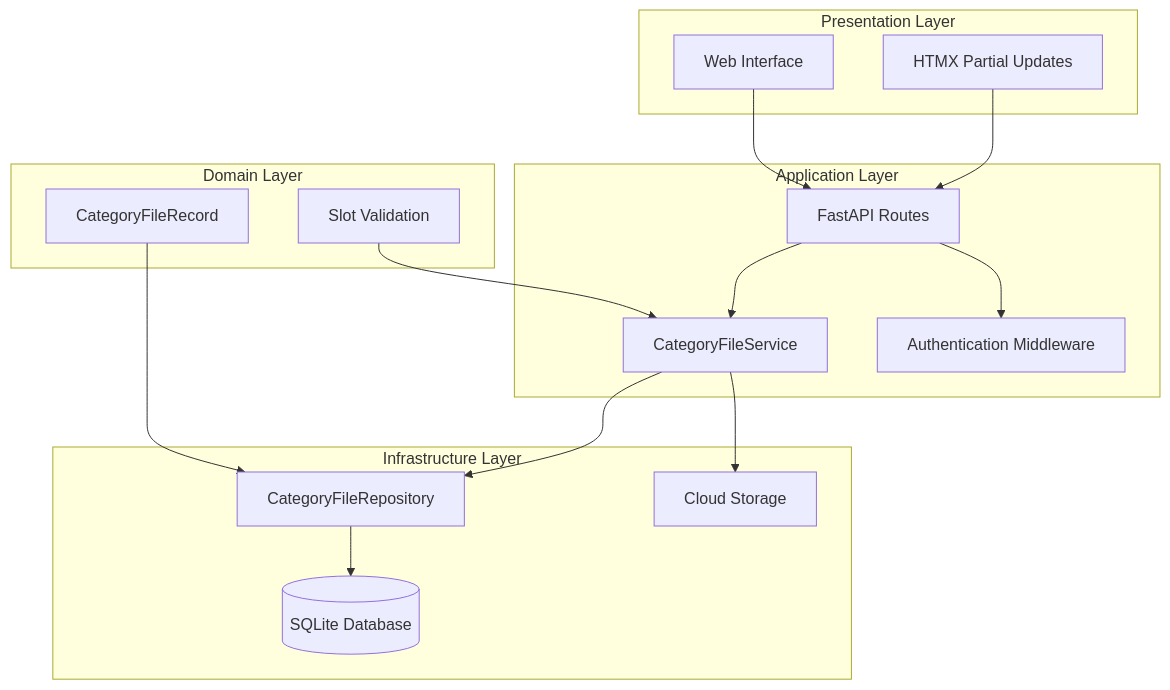
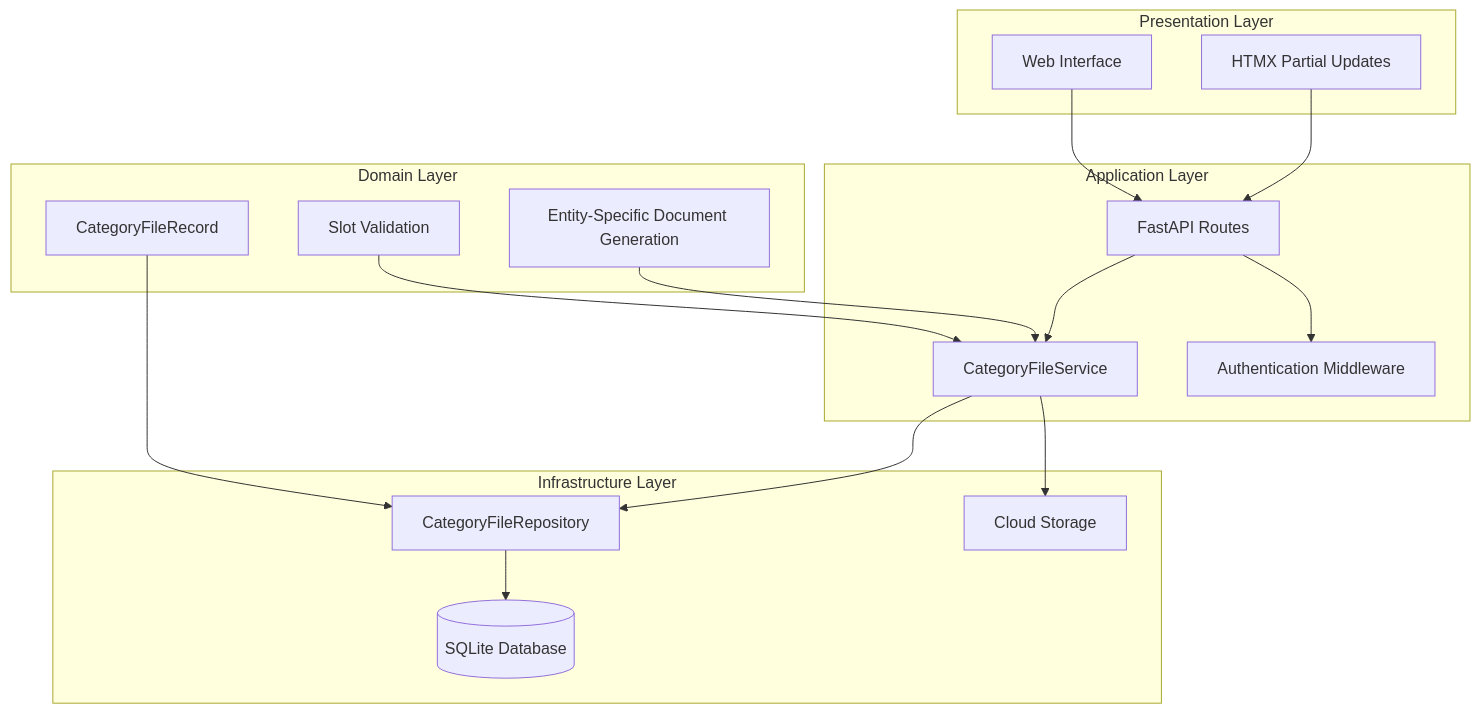
The first of 10 diagrams in .qoder/repowiki/en/content/VK Integration/Category File Template Management System.md (ognelis/cafetera_hr_bot), drawn with Mermaid before and after one commit. The commit also changed other lines of this file and 14 other files, not shown here.

````diff
--- a/.qoder/repowiki/en/content/VK Integration/Category File Template Management System.md
+++ b/.qoder/repowiki/en/content/VK Integration/Category File Template Management System.md
@@ -45,30 +59,32 @@
 ```mermaid
 graph TB
 subgraph "Presentation Layer"
 UI[Web Interface]
 HTMX[HTMX Partial Updates]
 end
 subgraph "Application Layer"
 API[FastAPI Routes]
 Service[CategoryFileService]
 Auth[Authentication Middleware]
 end
 subgraph "Domain Layer"
 Models[CategoryFileRecord]
 Validation[Slot Validation]
+EntityDocGen[Entity-Specific Document Generation]
 end
 subgraph "Infrastructure Layer"
 Repo[CategoryFileRepository]
 S3[Cloud Storage]
 DB[(SQLite Database)]
 end
 UI --> API
 HTMX --> API
 API --> Service
 API --> Auth
 Service --> Repo
 Service --> S3
 Repo --> DB
 Models --> Repo
 Validation --> Service
+EntityDocGen --> Service
 ```
````
